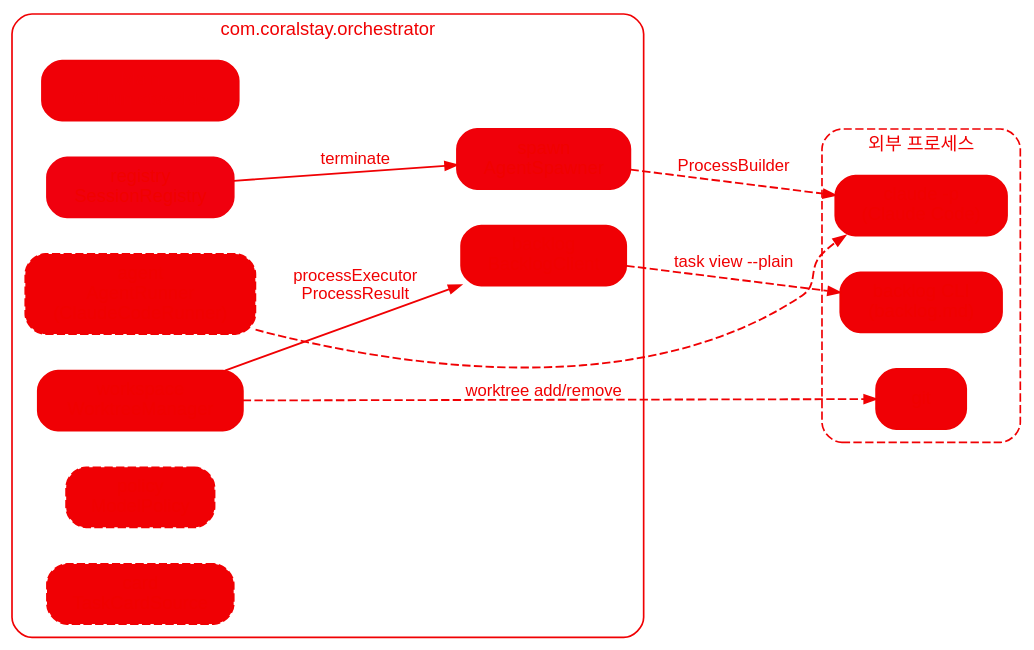
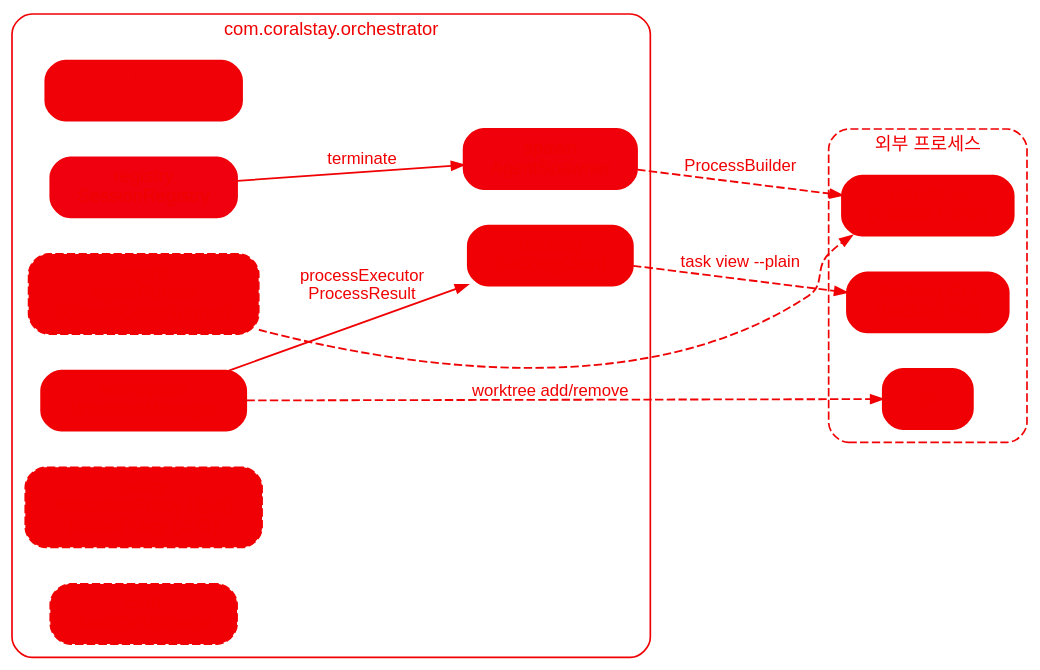
The diagram in design/diagrams/01-packages.dot (coralstay/agent-orchestrator), drawn with Graphviz before and after one commit. The commit also changed 2 other files, not shown here.

Commit message:
[docs][design] 3.01·패키지 그림에 AllocationPolicy 설계
Task-Id: AO-25
AI-Tool: claude-code
AI-Tool-Version: 2.1.285
Tokens-Used: unavailable (transcript-not-found)
Tool-Calls: unavailable (transcript-not-found)
Hooks-Commit: 5b8d1e6

```diff
--- a/design/diagrams/01-packages.dot
+++ b/design/diagrams/01-packages.dot
@@ -1,40 +1,40 @@
 // agent-orchestrator 패키지 의존 — src/main/java/com/coralstay/orchestrator 의 import 기준.
 // 실선 = 패키지 간 import, 점선 = 외부 프로세스 호출. 점선 테두리 = 시그니처 스텁(decision-11).
 digraph packages {
   bgcolor="transparent"; rankdir=LR; nodesep=0.30; ranksep=0.55; compound=true;
   node [shape=box, style="filled,rounded", fillcolor="#f00004", color="#f00003",
         fontcolor="#f00001", fontname="Helvetica", fontsize=11, margin="0.16,0.08", penwidth=1.1];
   edge [color="#f00003", arrowsize=0.7, penwidth=1.1, fontname="Helvetica", fontsize=10,
         fontcolor="#f00002"];
 
   subgraph cluster_orc {
     label="com.coralstay.orchestrator"; fontname="Helvetica"; fontsize=11;
     fontcolor="#f00002"; color="#f00003"; style="rounded";
 
     Main      [label="Main\nCLI run <taskId>", fillcolor="#f00007", color="#f00006", fontcolor="#f00008"];
     backlog   [label="backlog\nBacklogClient"];
     workspace [label="workspace\nWorktreeManager"];
     spawn     [label="spawn\nAgentSpawner", fillcolor="#f0000a", color="#f00009"];
     registry  [label="registry\nSessionRegistry", fillcolor="#f0000e", color="#f0000d"];
     agent     [label="agent\nAgentRunner\n(ClaudeCodeRunner)", style="filled,rounded,dashed"];
-    policy    [label="policy\nModelPolicy", style="filled,rounded,dashed"];
+    policy    [label="policy\nAllocationPolicy (설계)\nModelPolicy (스텁)", style="filled,rounded,dashed"];
     card      [label="card\nTaskCardSource", style="filled,rounded,dashed"];
   }
 
   subgraph cluster_ext {
     label="외부 프로세스"; fontname="Helvetica"; fontsize=11;
     fontcolor="#f00002"; color="#f00003"; style="rounded,dashed";
     node [fillcolor="#f00005"];
     bl     [label="backlog CLI\n(backlog.md)"];
     git    [label="git"];
     claude [label="claude -p\n(Claude Code)"];
   }
 
   workspace -> backlog  [label="processExecutor\nProcessResult"];
   registry  -> spawn    [label="terminate"];
 
   backlog -> bl     [style=dashed, label="task view --plain"];
   workspace -> git  [style=dashed, label="worktree add/remove"];
   spawn -> claude   [style=dashed, label="ProcessBuilder"];
   agent -> claude   [style=dashed];
 }
```
